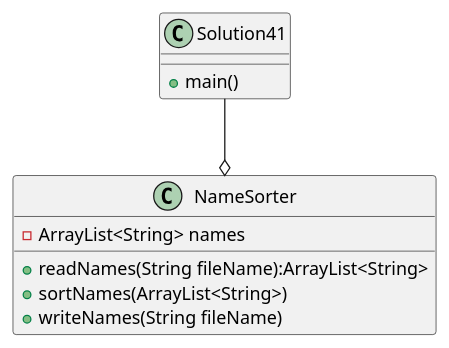
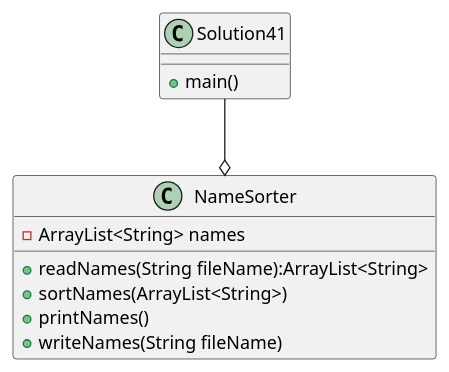
Before and after one commit to JSCaracal/Sipos-a04: the diagram in exercise41/docs/solution41.puml, drawn with PlantUML. The commit also changed 4 other files, not shown here.

```diff
--- a/exercise41/docs/solution41.puml
+++ b/exercise41/docs/solution41.puml
@@ -1,18 +1,19 @@
 @startuml
 'https://plantuml.com/sequence-diagram
 class NameSorter{
     -ArrayList<String> names
     +readNames(String fileName):ArrayList<String>
     +sortNames(ArrayList<String>)
+    +printNames()
     +writeNames(String fileName)
 }
 class Solution41{
     +main()
     ' intit name list
     'store values from readNames() in name list
     'Sort the name list
     'Use writeNames
 }
 Solution41 --o NameSorter
 
 @enduml
```
